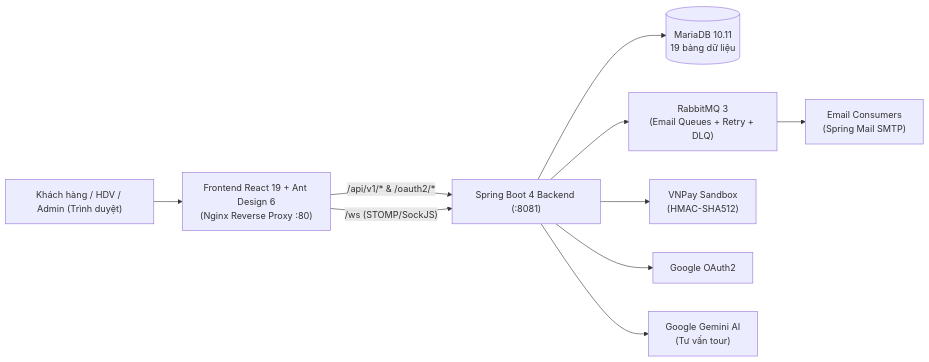
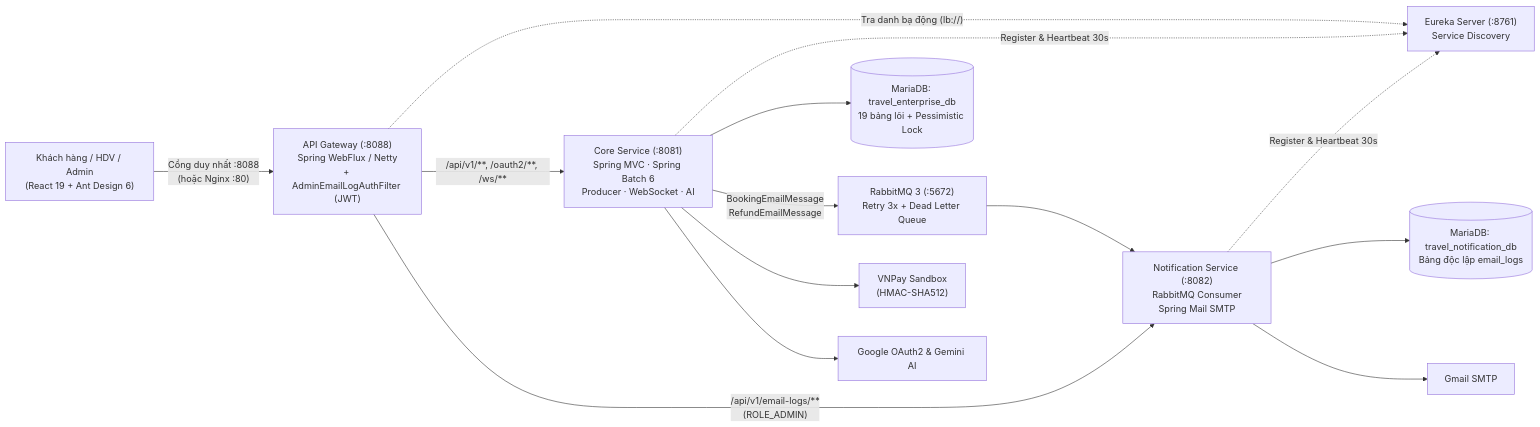
One commit to nguyenlequananh/travel-tour-system changed the diagram in README.md. Above: the diagram before and after it, drawn with Mermaid. The commit also changed other lines of this file and 289 other files, not shown here.

Commit message:
feat: add Spring Cloud Microservices (Eureka, WebFlux API Gateway JWT, Notification Service), EmailLog UI, Docker 7 containers & SGU report

````diff
--- a/README.md
+++ b/README.md
@@ -10,12 +11,19 @@
 ```mermaid
 flowchart LR
-    User["Khách hàng / HDV / Admin (Trình duyệt)"] --> Nginx["Frontend React 19 + Ant Design 6\n(Nginx Reverse Proxy :80)"]
-    Nginx -->|"/api/v1/* & /oauth2/*"| Backend["Spring Boot 4 Backend (:8081)"]
-    Nginx -->|"/ws (STOMP/SockJS)"| Backend
-    Backend --> DB[("MariaDB 10.11\n19 bảng dữ liệu")]
-    Backend --> MQ["RabbitMQ 3\n(Email Queues + Retry + DLQ)"]
-    MQ --> Consumer["Email Consumers\n(Spring Mail SMTP)"]
-    Backend --> VNPay["VNPay Sandbox\n(HMAC-SHA512)"]
-    Backend --> Google["Google OAuth2"]
-    Backend --> Gemini["Google Gemini AI\n(Tư vấn tour)"]
+    User["Khách hàng / HDV / Admin\n(React 19 + Ant Design 6)"] -->|"Cổng duy nhất :8088\n(hoặc Nginx :80)"| GW["API Gateway (:8088)\nSpring WebFlux / Netty\n+ AdminEmailLogAuthFilter (JWT)"]
+    GW -.->|"Tra danh bạ động (lb://)"| Eureka["Eureka Server (:8761)\nService Discovery"]
+    Core -.->|"Register & Heartbeat 30s"| Eureka
+    Notif -.->|"Register & Heartbeat 30s"| Eureka
+
+    GW -->|"/api/v1/**, /oauth2/**, /ws/**"| Core["Core Service (:8081)\nSpring MVC · Spring Batch 6\nProducer · WebSocket · AI"]
+    GW -->|"/api/v1/email-logs/**\n(ROLE_ADMIN)"| Notif["Notification Service (:8082)\nRabbitMQ Consumer\nSpring Mail SMTP"]
+
+    Core --> CoreDB[("MariaDB: travel_enterprise_db\n19 bảng lõi + Pessimistic Lock")]
+    Core -->|"BookingEmailMessage\nRefundEmailMessage"| MQ["RabbitMQ 3 (:5672)\nRetry 3x + Dead Letter Queue"]
+    MQ --> Notif
+    Notif --> NotifDB[("MariaDB: travel_notification_db\nBảng độc lập email_logs")]
+
+    Core --> VNPay["VNPay Sandbox\n(HMAC-SHA512)"]
+    Core --> Google["Google OAuth2 & Gemini AI"]
+    Notif --> Gmail["Gmail SMTP"]
 ```
````
